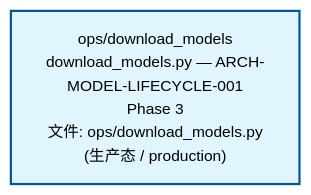
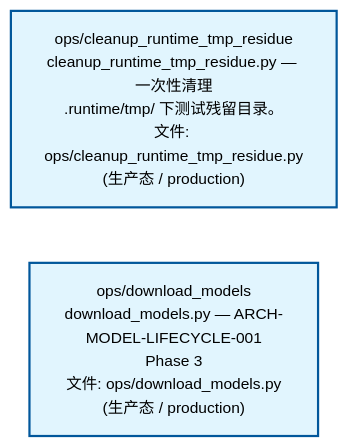
One commit to xuanFelixVan/ZephyrAlpha changed the second of 3 diagrams in docs/02_enterprise_architecture/02_domain_architecture_docs/04_d_infra_ops.md. Above: the diagram before and after it, drawn with Mermaid. The commit also changed other lines of this file and 55 other files, not shown here.

````diff
--- a/docs/02_enterprise_architecture/02_domain_architecture_docs/04_d_infra_ops.md
+++ b/docs/02_enterprise_architecture/02_domain_architecture_docs/04_d_infra_ops.md
@@ -68,10 +73,12 @@
 ```mermaid
 %%{init: {'theme': 'base', 'themeVariables': {'primaryColor': '#eaeaea', 'primaryTextColor': '#333333', 'primaryBorderColor': '#666666', 'lineColor': '#666666', 'secondaryColor': '#eaeaea', 'tertiaryColor': '#eaeaea', 'fontSize': '14px'}}}%%
 flowchart TD
+    scripts_ops_cleanup_runtime_tmp_residue_py["ops/cleanup_runtime_tmp_residue<br/>cleanup_runtime_tmp_residue.py — 一次性清理<br/>.runtime/tmp/ 下测试残留目录。<br/>文件: ops/cleanup_runtime_tmp_residue.py<br/>(生产态 / production)"]
     scripts_ops_download_models_py["ops/download_models<br/>download_models.py — ARCH-MODEL-LIFECYCLE-001<br/>Phase 3<br/>文件: ops/download_models.py<br/>(生产态 / production)"]
+    scripts_ops_cleanup_runtime_tmp_residue_py ~~~ scripts_ops_download_models_py
     classDef production fill:#e1f5fe,stroke:#01579b,stroke-width:2px,color:#000
     classDef design fill:#fff3e0,stroke:#e65100,stroke-width:2px,color:#000,stroke-dasharray: 5 5
     classDef external_prod fill:#e8f4fd,stroke:#0277bd,stroke-width:1px,color:#000
     classDef external_design fill:#fff8e7,stroke:#ef6c00,stroke-width:1px,color:#000,stroke-dasharray: 5 5
-    class scripts_ops_download_models_py production
+    class scripts_ops_cleanup_runtime_tmp_residue_py,scripts_ops_download_models_py production
 ```
````
